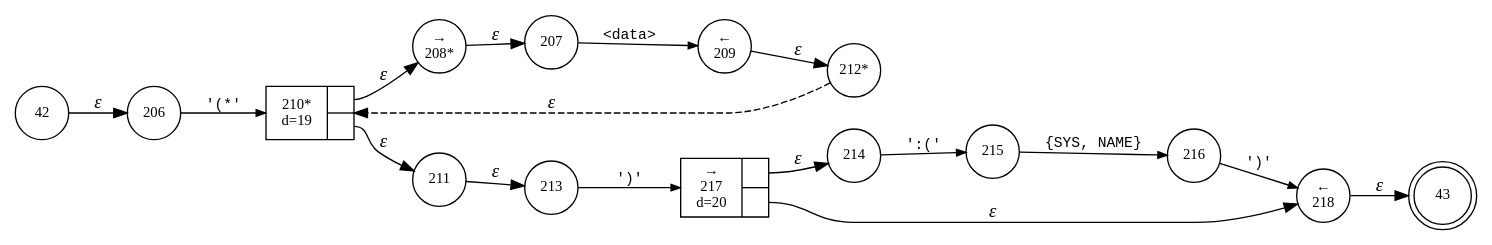
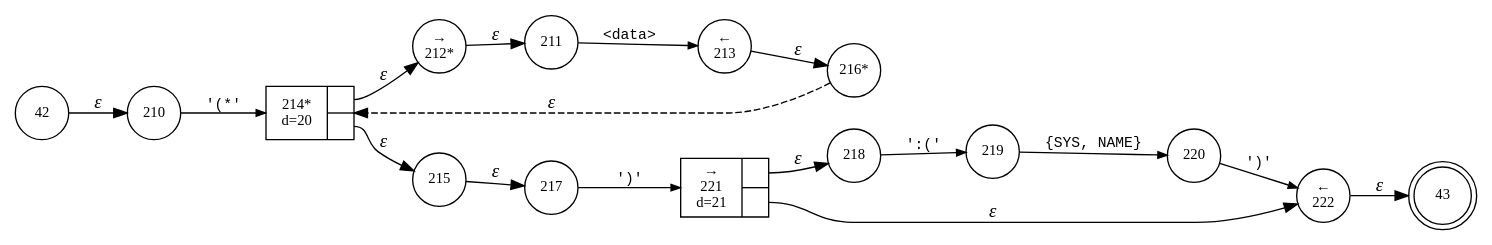
Before and after one commit to vulogov/Bund-old: the diagram in internal/parser/Bund.datablock_term.dot, drawn with Graphviz. The commit also changed 169 other files, not shown here.

```diff
--- a/internal/parser/Bund.datablock_term.dot
+++ b/internal/parser/Bund.datablock_term.dot
@@ -1,34 +1,34 @@
 digraph ATN {
 rankdir=LR;
 s43[fontsize=11, label="43", shape=doublecircle, fixedsize=true, width=.6];
 s42[fontsize=11,label="42", shape=circle, fixedsize=true, width=.55, peripheries=1];
-s206[fontsize=11,label="206", shape=circle, fixedsize=true, width=.55, peripheries=1];
-s207[fontsize=11,label="207", shape=circle, fixedsize=true, width=.55, peripheries=1];
-s208[fontsize=11,label="&rarr;\n208*", shape=circle, fixedsize=true, width=.55, peripheries=1];
-s209[fontsize=11,label="&larr;\n209", shape=circle, fixedsize=true, width=.55, peripheries=1];
-s210[fontsize=11,label="{210*\nd=19|{<p0>|<p1>}}", shape=record, fixedsize=false, peripheries=1];
+s210[fontsize=11,label="210", shape=circle, fixedsize=true, width=.55, peripheries=1];
 s211[fontsize=11,label="211", shape=circle, fixedsize=true, width=.55, peripheries=1];
-s212[fontsize=11,label="212*", shape=circle, fixedsize=true, width=.55, peripheries=1];
-s213[fontsize=11,label="213", shape=circle, fixedsize=true, width=.55, peripheries=1];
-s214[fontsize=11,label="214", shape=circle, fixedsize=true, width=.55, peripheries=1];
+s212[fontsize=11,label="&rarr;\n212*", shape=circle, fixedsize=true, width=.55, peripheries=1];
+s213[fontsize=11,label="&larr;\n213", shape=circle, fixedsize=true, width=.55, peripheries=1];
+s214[fontsize=11,label="{214*\nd=20|{<p0>|<p1>}}", shape=record, fixedsize=false, peripheries=1];
 s215[fontsize=11,label="215", shape=circle, fixedsize=true, width=.55, peripheries=1];
-s216[fontsize=11,label="216", shape=circle, fixedsize=true, width=.55, peripheries=1];
-s217[fontsize=11,label="{&rarr;\n217\nd=20|{<p0>|<p1>}}", shape=record, fixedsize=false, peripheries=1];
-s218[fontsize=11,label="&larr;\n218", shape=circle, fixedsize=true, width=.55, peripheries=1];
-s42 -> s206 [fontname="Times-Italic", label="&epsilon;"];
-s206 -> s210 [fontsize=11, fontname="Courier", arrowsize=.7, label = "'(*'", arrowhead = normal];
-s210:p0 -> s208 [fontname="Times-Italic", label="&epsilon;"];
-s210:p1 -> s211 [fontname="Times-Italic", label="&epsilon;"];
-s208 -> s207 [fontname="Times-Italic", label="&epsilon;"];
-s211 -> s213 [fontname="Times-Italic", label="&epsilon;"];
-s207 -> s209 [fontsize=11, fontname="Courier", arrowsize=.7, label = "<data>", arrowhead = normal];
-s213 -> s217 [fontsize=11, fontname="Courier", arrowsize=.7, label = "')'", arrowhead = normal];
-s209 -> s212 [fontname="Times-Italic", label="&epsilon;"];
-s217:p0 -> s214 [fontname="Times-Italic", label="&epsilon;"];
-s217:p1 -> s218 [fontname="Times-Italic", label="&epsilon;"];
-s212 -> s210 [fontname="Times-Italic", label="&epsilon;", style="dashed"];
-s214 -> s215 [fontsize=11, fontname="Courier", arrowsize=.7, label = "':('", arrowhead = normal];
-s218 -> s43 [fontname="Times-Italic", label="&epsilon;"];
-s215 -> s216 [fontsize=11, fontname="Courier", arrowsize=.7, label = "{SYS, NAME}", arrowhead = normal];
-s216 -> s218 [fontsize=11, fontname="Courier", arrowsize=.7, label = "')'", arrowhead = normal];
+s216[fontsize=11,label="216*", shape=circle, fixedsize=true, width=.55, peripheries=1];
+s217[fontsize=11,label="217", shape=circle, fixedsize=true, width=.55, peripheries=1];
+s218[fontsize=11,label="218", shape=circle, fixedsize=true, width=.55, peripheries=1];
+s219[fontsize=11,label="219", shape=circle, fixedsize=true, width=.55, peripheries=1];
+s220[fontsize=11,label="220", shape=circle, fixedsize=true, width=.55, peripheries=1];
+s221[fontsize=11,label="{&rarr;\n221\nd=21|{<p0>|<p1>}}", shape=record, fixedsize=false, peripheries=1];
+s222[fontsize=11,label="&larr;\n222", shape=circle, fixedsize=true, width=.55, peripheries=1];
+s42 -> s210 [fontname="Times-Italic", label="&epsilon;"];
+s210 -> s214 [fontsize=11, fontname="Courier", arrowsize=.7, label = "'(*'", arrowhead = normal];
+s214:p0 -> s212 [fontname="Times-Italic", label="&epsilon;"];
+s214:p1 -> s215 [fontname="Times-Italic", label="&epsilon;"];
+s212 -> s211 [fontname="Times-Italic", label="&epsilon;"];
+s215 -> s217 [fontname="Times-Italic", label="&epsilon;"];
+s211 -> s213 [fontsize=11, fontname="Courier", arrowsize=.7, label = "<data>", arrowhead = normal];
+s217 -> s221 [fontsize=11, fontname="Courier", arrowsize=.7, label = "')'", arrowhead = normal];
+s213 -> s216 [fontname="Times-Italic", label="&epsilon;"];
+s221:p0 -> s218 [fontname="Times-Italic", label="&epsilon;"];
+s221:p1 -> s222 [fontname="Times-Italic", label="&epsilon;"];
+s216 -> s214 [fontname="Times-Italic", label="&epsilon;", style="dashed"];
+s218 -> s219 [fontsize=11, fontname="Courier", arrowsize=.7, label = "':('", arrowhead = normal];
+s222 -> s43 [fontname="Times-Italic", label="&epsilon;"];
+s219 -> s220 [fontsize=11, fontname="Courier", arrowsize=.7, label = "{SYS, NAME}", arrowhead = normal];
+s220 -> s222 [fontsize=11, fontname="Courier", arrowsize=.7, label = "')'", arrowhead = normal];
 }
```
